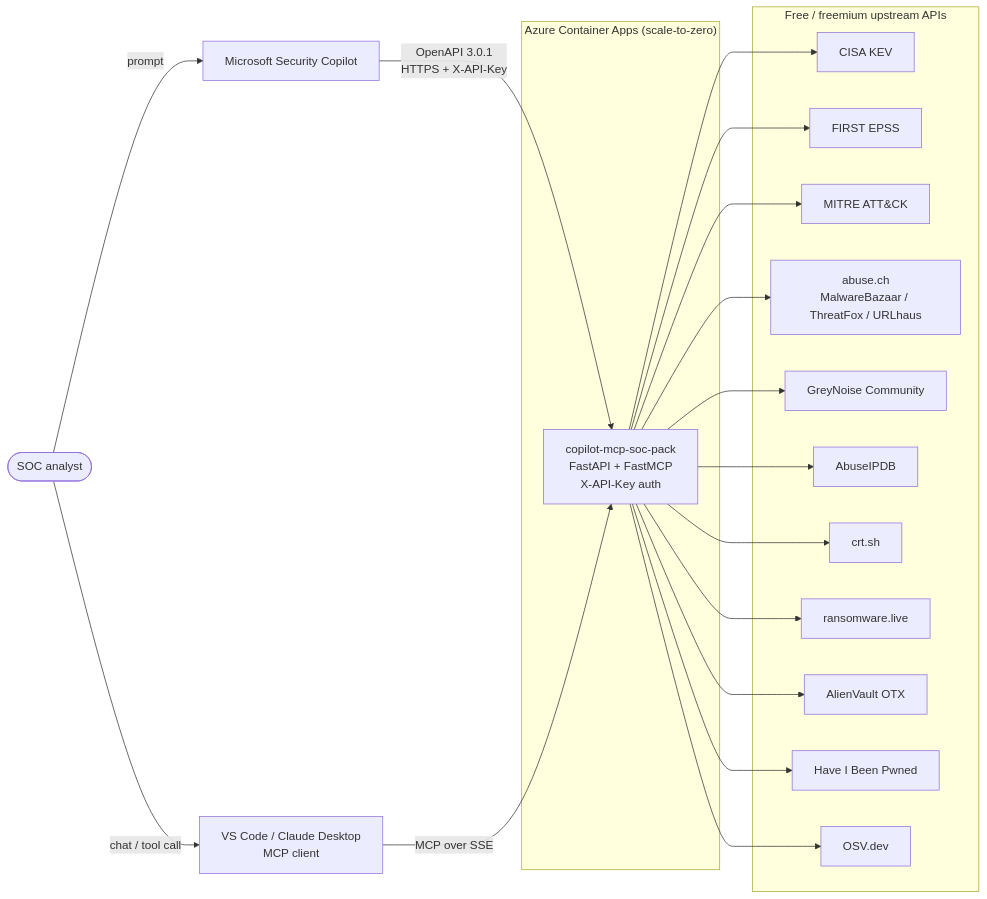
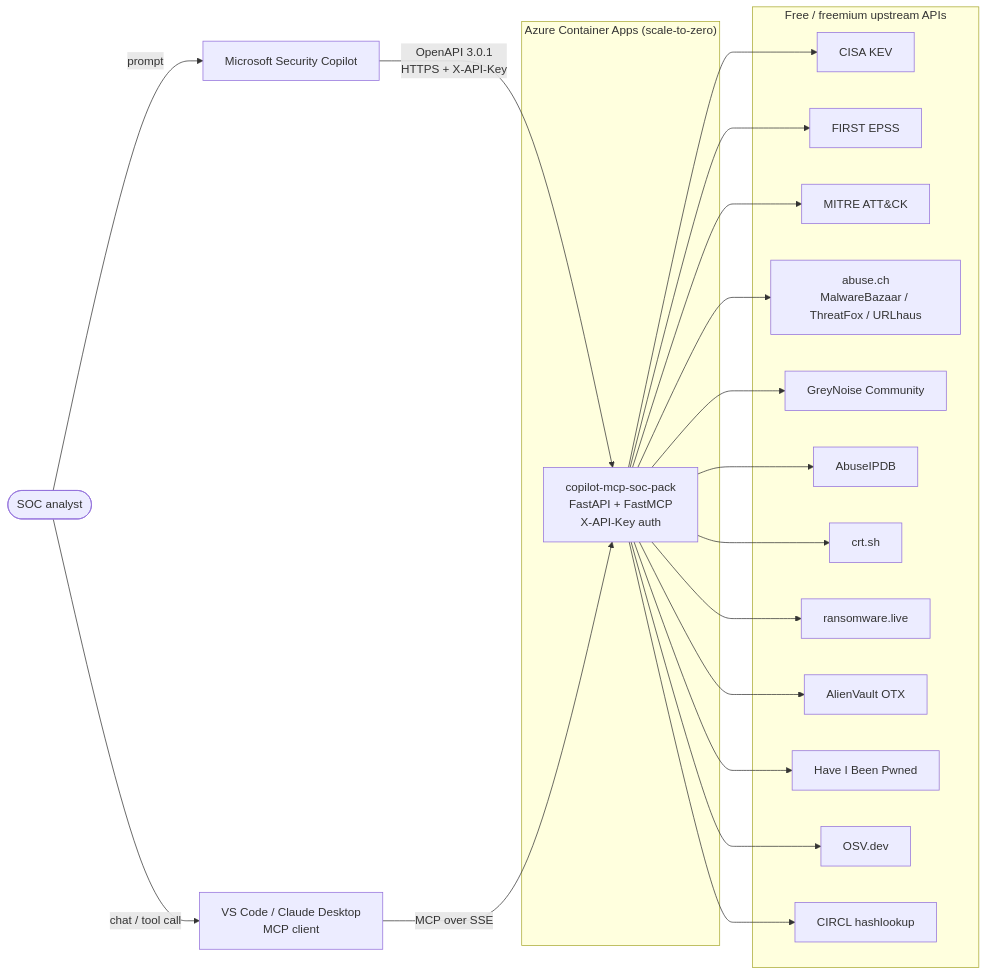
One commit to NobufumiMurata/copilot-mcp-soc-pack changed the diagram in README.md. Above: the diagram before and after it, drawn with Mermaid. The commit also changed other lines of this file and 7 other files, not shown here.

First line of the commit message:
feat: add CIRCL hashlookup tool (md5 / sha1 / sha256, NSRL whitelist) (#24)

````diff
--- a/README.md
+++ b/README.md
@@ -62,40 +63,42 @@
 ```mermaid
 flowchart LR
     User([SOC analyst])
     SC[Microsoft Security Copilot]
     VSC[VS Code / Claude Desktop<br/>MCP client]
 
     subgraph Azure["Azure Container Apps (scale-to-zero)"]
         App["copilot-mcp-soc-pack<br/>FastAPI + FastMCP<br/>X-API-Key auth"]
     end
 
     subgraph Upstream["Free / freemium upstream APIs"]
         KEV[CISA KEV]
         EPSS[FIRST EPSS]
         ATTACK[MITRE ATT&CK]
         ABUSECH[abuse.ch<br/>MalwareBazaar / ThreatFox / URLhaus]
         GN[GreyNoise Community]
         AIPDB[AbuseIPDB]
         CRTSH[crt.sh]
         RWLIVE[ransomware.live]
         OTX[AlienVault OTX]
         HIBP[Have I Been Pwned]
         OSV[OSV.dev]
+        CIRCL[CIRCL hashlookup]
     end
 
     User -->|prompt| SC
     User -->|chat / tool call| VSC
     SC -->|OpenAPI 3.0.1<br/>HTTPS + X-API-Key| App
     VSC -->|MCP over SSE| App
     App --> KEV
     App --> EPSS
     App --> ATTACK
     App --> ABUSECH
     App --> GN
     App --> AIPDB
     App --> CRTSH
     App --> RWLIVE
     App --> OTX
     App --> HIBP
     App --> OSV
+    App --> CIRCL
 ```
````
